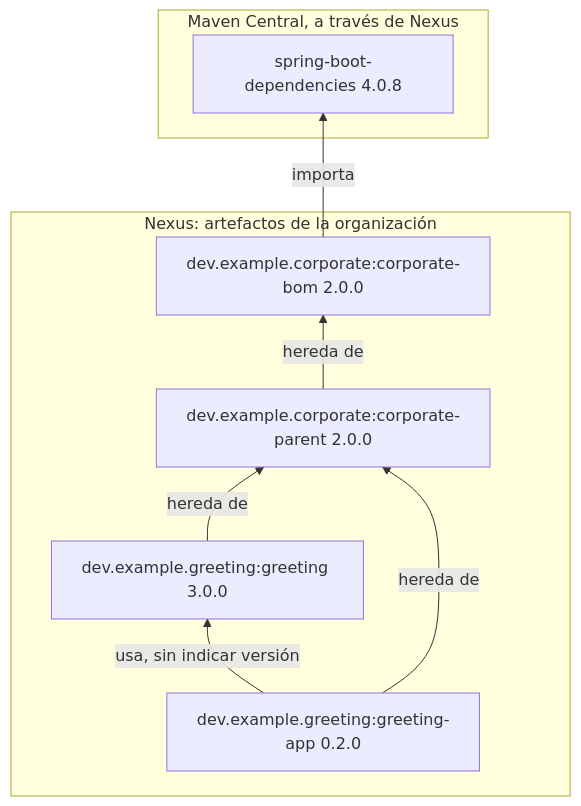
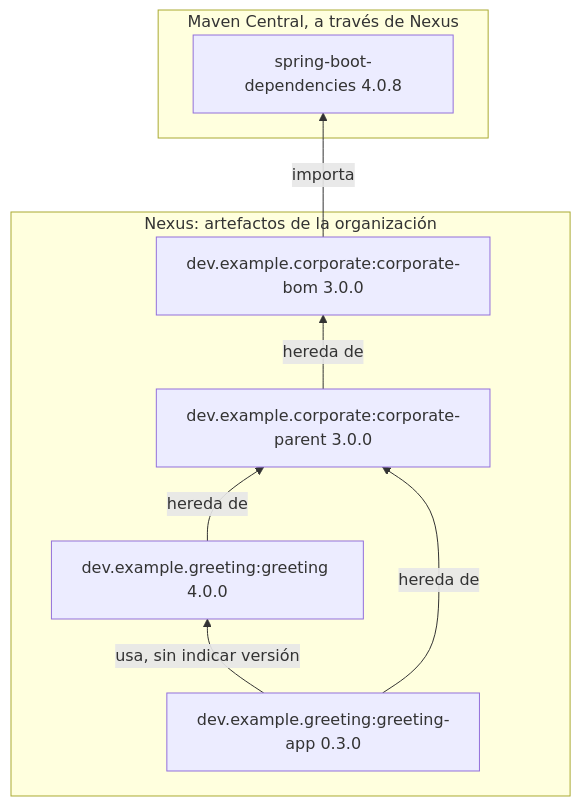
Before and after one commit to IAAA-Lab/maven-corporate-pom: the first of 4 diagrams in README.md, drawn with Mermaid. The commit also changed other lines of this file, not shown here.

````diff
--- a/README.md
+++ b/README.md
@@ -72,18 +74,18 @@
 ```mermaid
 flowchart BT
     subgraph external["Maven Central, a través de Nexus"]
         bootBom["spring-boot-dependencies 4.0.8"]
     end
     subgraph internal["Nexus: artefactos de la organización"]
-        bom["dev.example.corporate:corporate-bom 2.0.0"]
-        parent["dev.example.corporate:corporate-parent 2.0.0"]
-        library["dev.example.greeting:greeting 3.0.0"]
-        app["dev.example.greeting:greeting-app 0.2.0"]
+        bom["dev.example.corporate:corporate-bom 3.0.0"]
+        parent["dev.example.corporate:corporate-parent 3.0.0"]
+        library["dev.example.greeting:greeting 4.0.0"]
+        app["dev.example.greeting:greeting-app 0.3.0"]
     end
 
     bom -->|"importa"| bootBom
     parent -->|"hereda de"| bom
     library -->|"hereda de"| parent
     app -->|"hereda de"| parent
     app -->|"usa, sin indicar versión"| library
 ```
````
